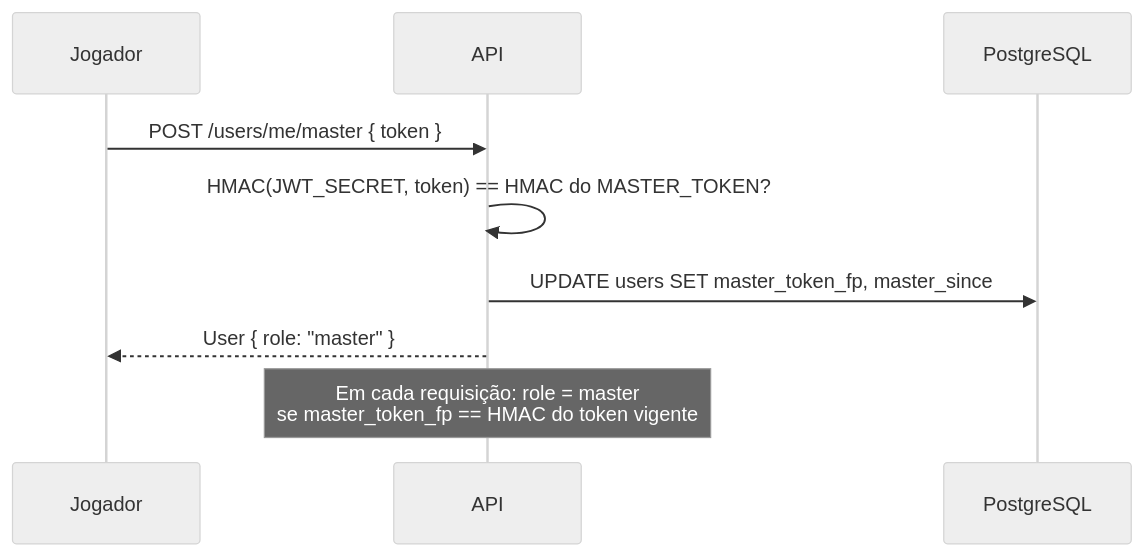
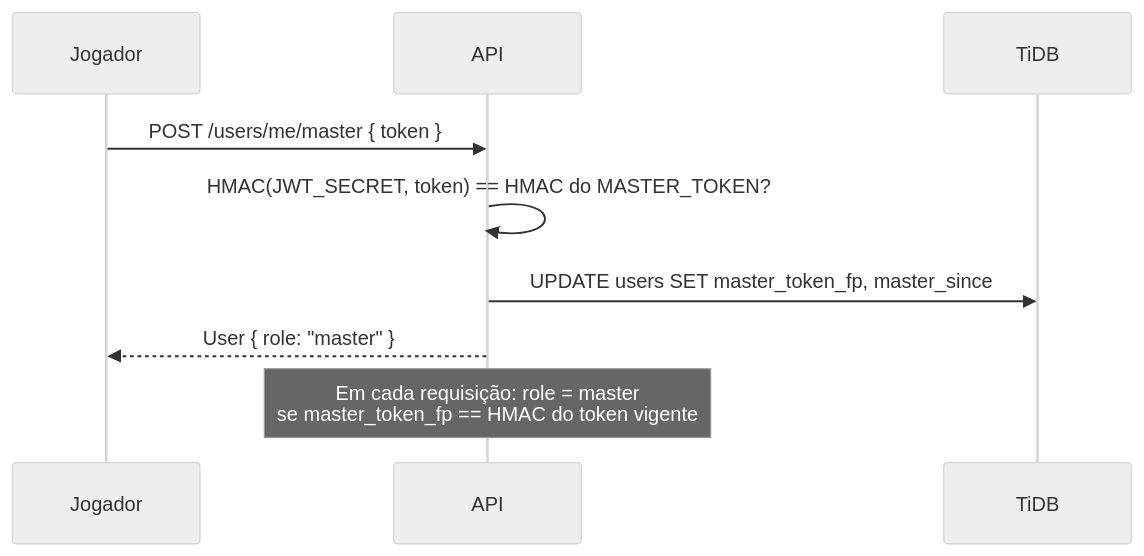
One commit to Sampai0-Thiago/taverna changed the second of 4 diagrams in docs/ARQUITETURA.md. Above: the diagram before and after it, drawn with Mermaid (neutral theme). The commit also changed other lines of this file and 40 other files, not shown here.

````diff
--- a/docs/ARQUITETURA.md
+++ b/docs/ARQUITETURA.md
@@ -24,11 +24,11 @@
 ```mermaid
 sequenceDiagram
   participant J as Jogador
   participant API
-  participant DB as PostgreSQL
+  participant DB as TiDB
   J->>API: POST /users/me/master { token }
   API->>API: HMAC(JWT_SECRET, token) == HMAC do MASTER_TOKEN?
   API->>DB: UPDATE users SET master_token_fp, master_since
   API-->>J: User { role: "master" }
   Note over API: Em cada requisição: role = master<br/>se master_token_fp == HMAC do token vigente
 ```
````
